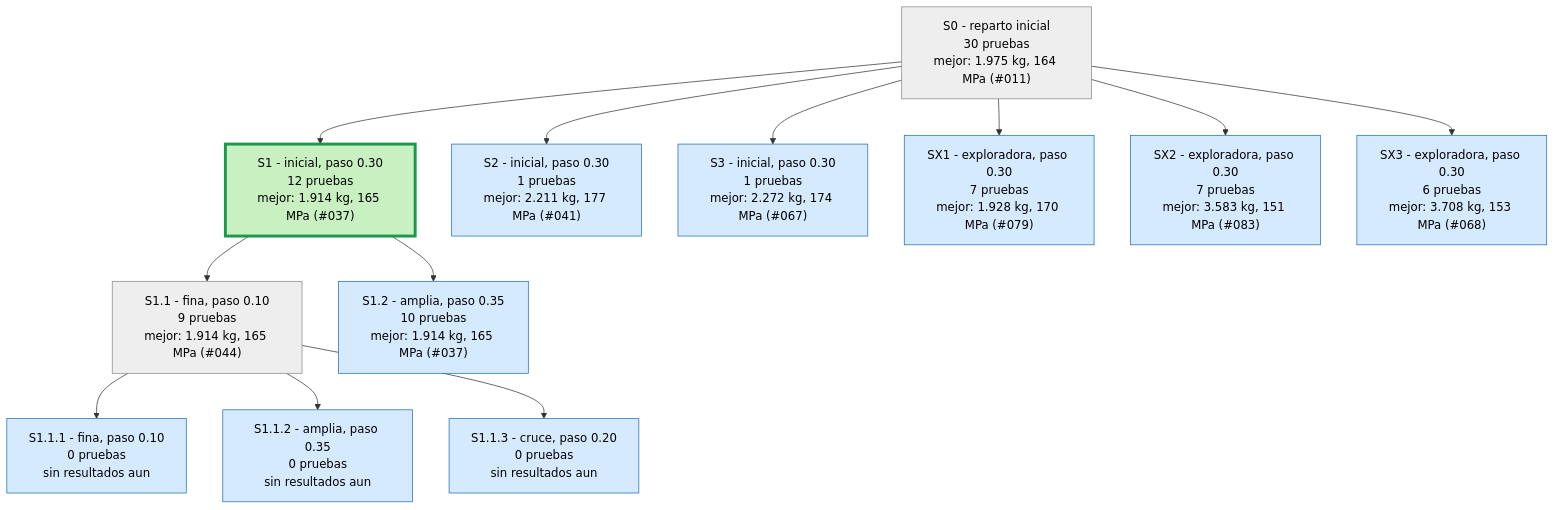
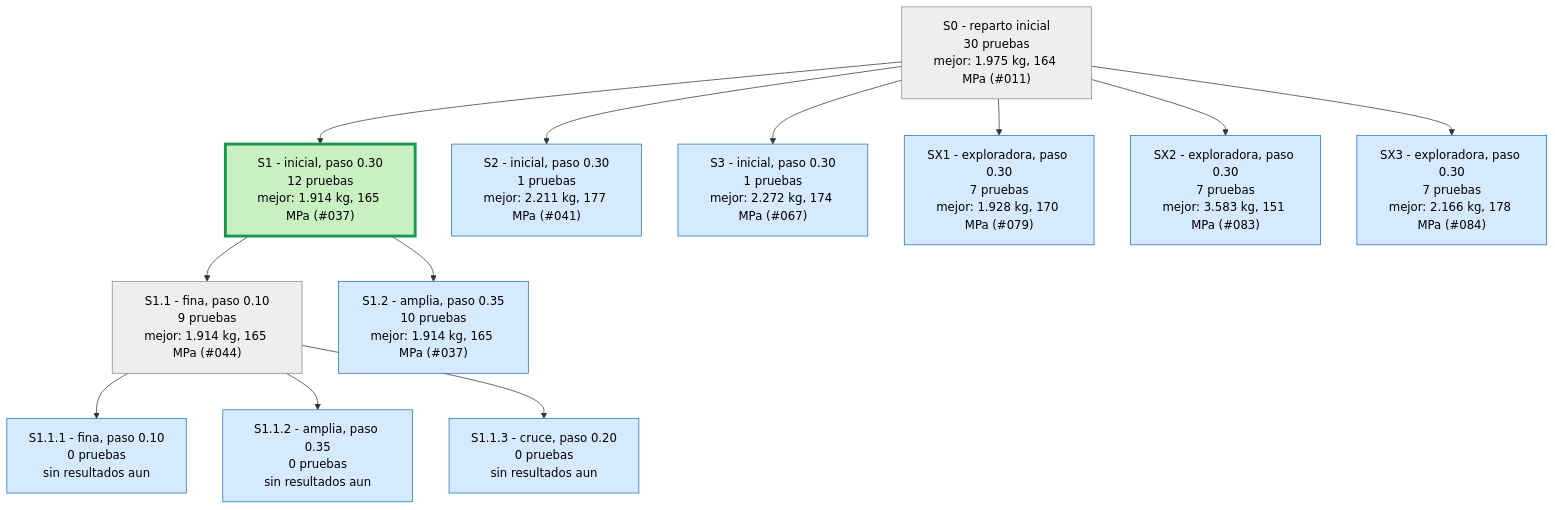
Before and after one commit to Hugiko/msd-soporte-optimizacion: the first of 4 diagrams in runs/opt_37800N/ARBOL.md, drawn with Mermaid. The commit also changed 22 other files, not shown here.

````diff
--- a/runs/opt_37800N/ARBOL.md
+++ b/runs/opt_37800N/ARBOL.md
@@ -9,29 +9,29 @@
 ```mermaid
 graph TD
 classDef activa fill:#d6eaff,stroke:#1f6fb5,color:#000
 classDef fin fill:#eeeeee,stroke:#888,color:#000
 classDef mejor fill:#c8f0c0,stroke:#1a9850,stroke-width:4px,color:#000
 S0["S0 - reparto inicial<br/>30 pruebas<br/>mejor: 1.975 kg, 164 MPa (#011)"]:::fin
 S1["S1 - inicial, paso 0.30<br/>12 pruebas<br/>mejor: 1.914 kg, 165 MPa (#037)"]:::mejor
 S0 --> S1
 S2["S2 - inicial, paso 0.30<br/>1 pruebas<br/>mejor: 2.211 kg, 177 MPa (#041)"]:::activa
 S0 --> S2
 S3["S3 - inicial, paso 0.30<br/>1 pruebas<br/>mejor: 2.272 kg, 174 MPa (#067)"]:::activa
 S0 --> S3
 S1_1["S1.1 - fina, paso 0.10<br/>9 pruebas<br/>mejor: 1.914 kg, 165 MPa (#044)"]:::fin
 S1 --> S1_1
 S1_2["S1.2 - amplia, paso 0.35<br/>10 pruebas<br/>mejor: 1.914 kg, 165 MPa (#037)"]:::activa
 S1 --> S1_2
 S1_1_1["S1.1.1 - fina, paso 0.10<br/>0 pruebas<br/>sin resultados aun"]:::activa
 S1_1 --> S1_1_1
 S1_1_2["S1.1.2 - amplia, paso 0.35<br/>0 pruebas<br/>sin resultados aun"]:::activa
 S1_1 --> S1_1_2
 S1_1_3["S1.1.3 - cruce, paso 0.20<br/>0 pruebas<br/>sin resultados aun"]:::activa
 S1_1 --> S1_1_3
 SX1["SX1 - exploradora, paso 0.30<br/>7 pruebas<br/>mejor: 1.928 kg, 170 MPa (#079)"]:::activa
 S0 --> SX1
 SX2["SX2 - exploradora, paso 0.30<br/>7 pruebas<br/>mejor: 3.583 kg, 151 MPa (#083)"]:::activa
 S0 --> SX2
-SX3["SX3 - exploradora, paso 0.30<br/>6 pruebas<br/>mejor: 3.708 kg, 153 MPa (#068)"]:::activa
+SX3["SX3 - exploradora, paso 0.30<br/>7 pruebas<br/>mejor: 2.166 kg, 178 MPa (#084)"]:::activa
 S0 --> SX3
 ```
````
